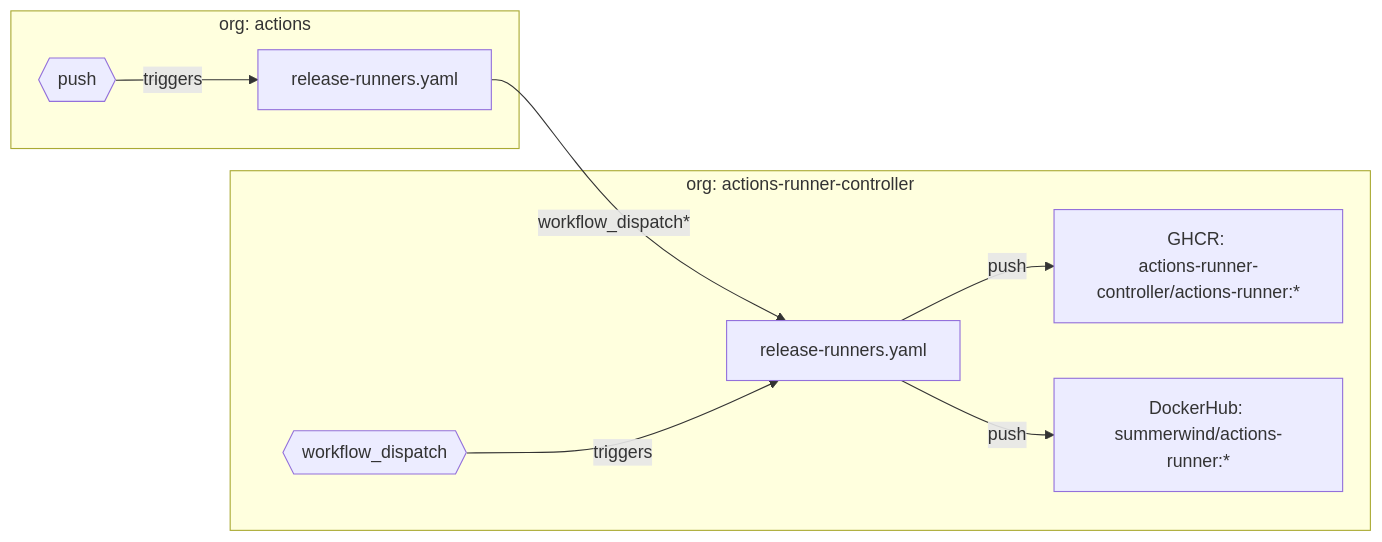
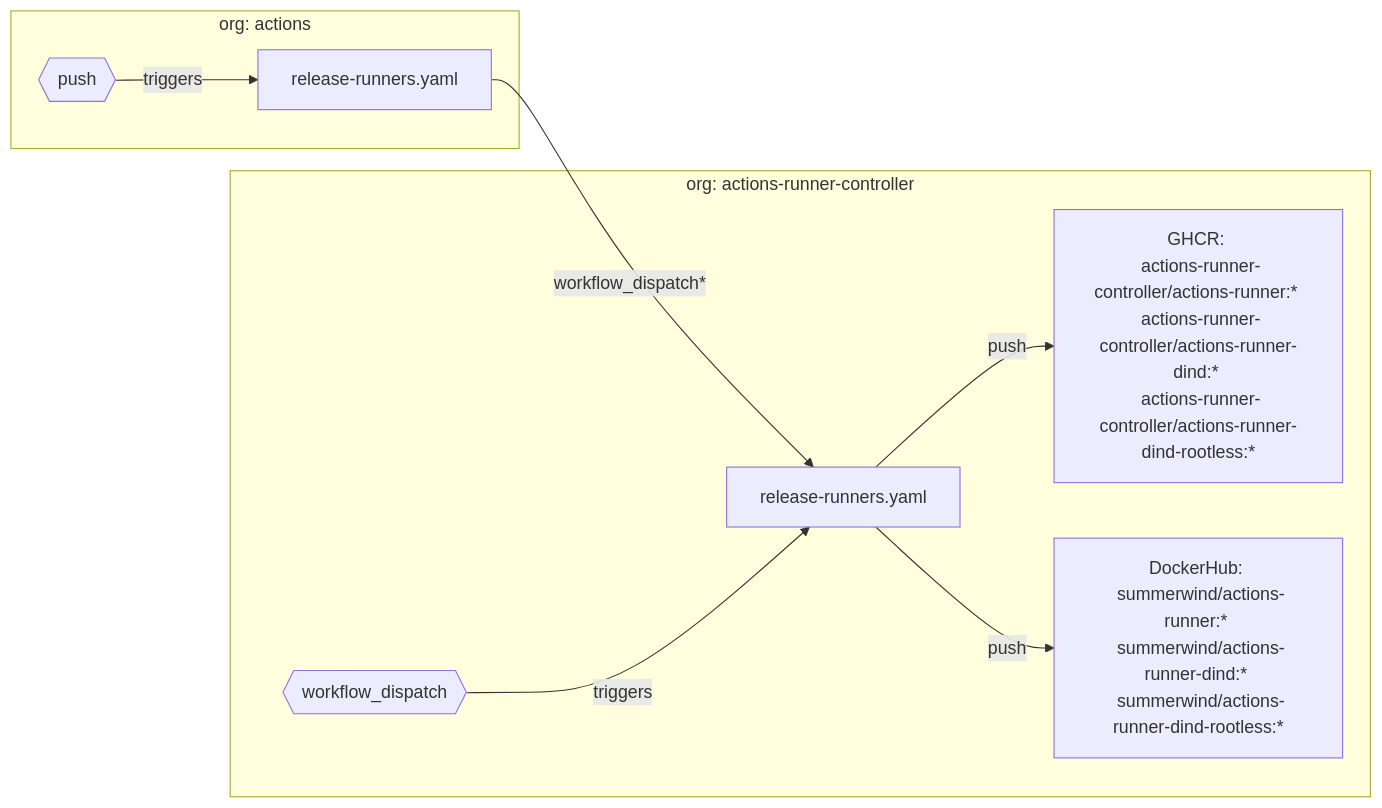
One commit to actions-runner-controller/releases changed the first of 2 diagrams in README.md. Above: the diagram before and after it, drawn with Mermaid. The commit also changed other lines of this file, not shown here.

Commit message:
Add flow chart for publish-arc workflow

````diff
--- a/README.md
+++ b/README.md
@@ -59,12 +11,12 @@
 ```mermaid
 flowchart LR
     workflow["release-runners.yaml"] -- workflow_dispatch* --> workflow_b["release-runners.yaml"]
     subgraph org: actions
     event_a{{"push"}} -- triggers --> workflow["release-runners.yaml"]
     end
     subgraph org: actions-runner-controller
-    workflow_b["release-runners.yaml"] -- push --> A["GHCR: \nactions-runner-controller/actions-runner:*"]
-    workflow_b["release-runners.yaml"] -- push --> B["DockerHub: \nsummerwind/actions-runner:*"]
+    workflow_b["release-runners.yaml"] -- push --> A["GHCR: \n actions-runner-controller/actions-runner:* \n actions-runner-controller/actions-runner-dind:* \n actions-runner-controller/actions-runner-dind-rootless:*"]
+    workflow_b["release-runners.yaml"] -- push --> B["DockerHub: \n summerwind/actions-runner:* \n summerwind/actions-runner-dind:* \n summerwind/actions-runner-dind-rootless:*"]
     event_b{{"workflow_dispatch"}} -- triggers --> workflow_b["release-runners.yaml"]
     end
 ```
````
